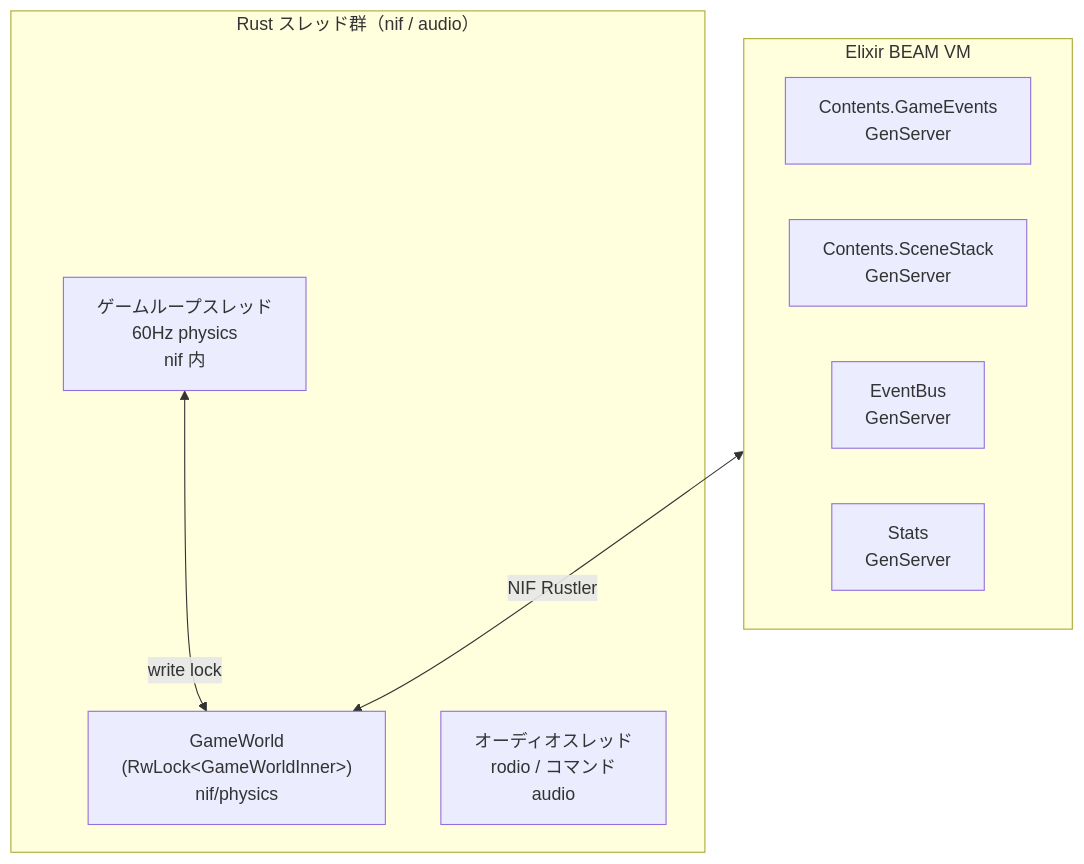
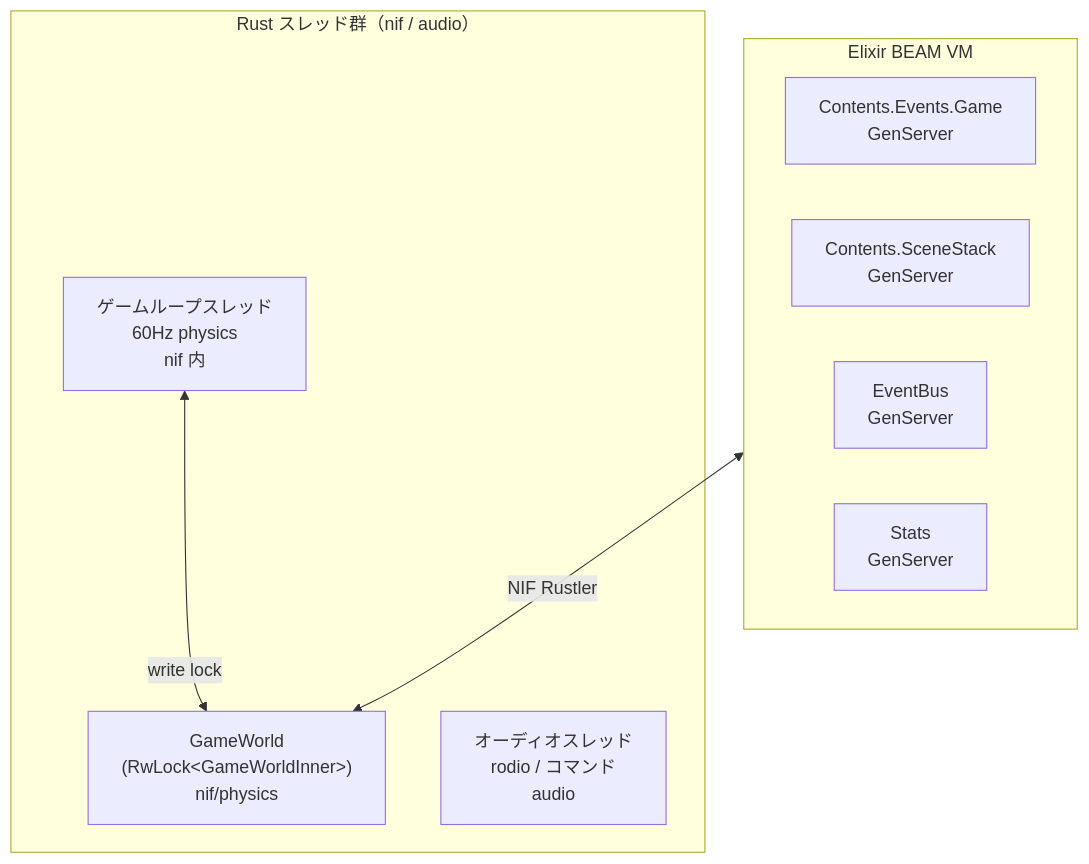
Diagram 16 of 16 in docs/architecture/overview.md (FRICK-ELDY/alchemy-engine), drawn with Mermaid before and after one commit. The commit also changed other lines of this file and 16 other files, not shown here.

Commit message:
refactor(contents): GameEvents を Contents.Events.Game に移行（Phase 1）

````diff
--- a/docs/architecture/overview.md
+++ b/docs/architecture/overview.md
@@ -580,19 +580,19 @@
 ```mermaid
 graph TB
     subgraph BEAM["Elixir BEAM VM"]
-        GEV[Contents.GameEvents\nGenServer]
+        GEV[Contents.Events.Game\nGenServer]
         SS[Contents.SceneStack\nGenServer]
         EVB[EventBus\nGenServer]
         STS[Stats\nGenServer]
     end
 
     BEAM <-->|NIF Rustler| GW
 
     subgraph RUST["Rust スレッド群（nif / audio）"]
         GL[ゲームループスレッド\n60Hz physics\nnif 内]
         AT[オーディオスレッド\nrodio / コマンド\naudio]
         GW["GameWorld\n(RwLock&lt;GameWorldInner&gt;)\nnif/physics"]
 
         GL <-->|write lock| GW
     end
 ```
````
